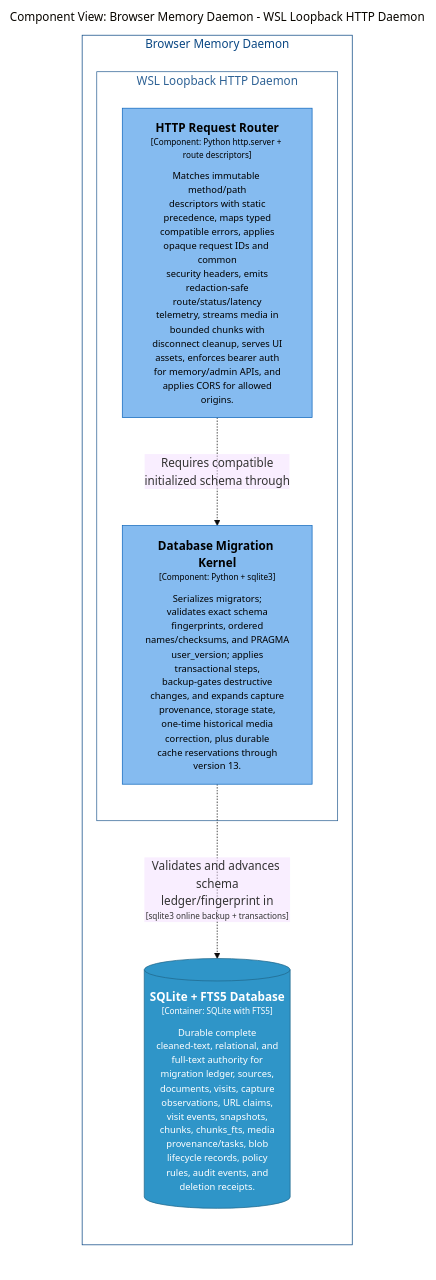
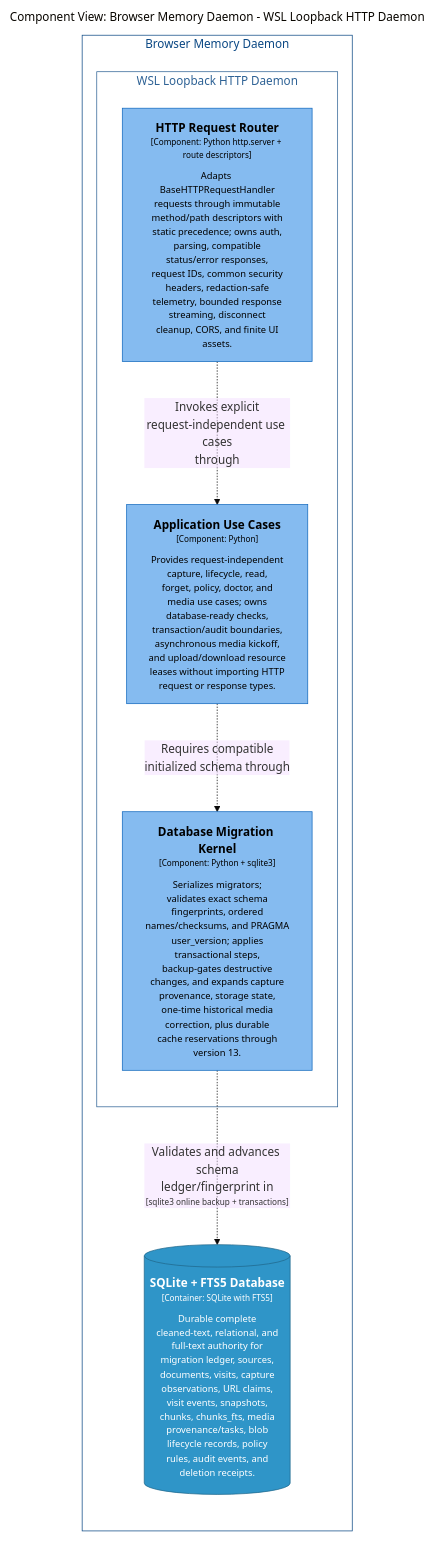
Before and after one commit to michaelnicks0/browser-memory-daemon: the diagram in docs/architecture/diagrams/markdown/DaemonMigrationComponents.md, drawn with Mermaid (base theme). The commit also changed 189 other files, not shown here.

Commit message:
refactor(http): extract application use cases

````diff
--- a/docs/architecture/diagrams/markdown/DaemonMigrationComponents.md
+++ b/docs/architecture/diagrams/markdown/DaemonMigrationComponents.md
@@ -16,28 +16,31 @@
 ```mermaid
 graph LR
   linkStyle default fill:#ffffff
 
   subgraph diagram ["Component View: Browser Memory Daemon - WSL Loopback HTTP Daemon"]
     style diagram fill:#ffffff,stroke:#ffffff
 
     subgraph 4 ["Browser Memory Daemon"]
       style 4 fill:#ffffff,stroke:#0b4884,color:#0b4884
 
       subgraph 22 ["WSL Loopback HTTP Daemon"]
         style 22 fill:#ffffff,stroke:#2e6295,color:#2e6295
 
-        23["<div style='font-weight: bold'>HTTP Request Router</div><div style='font-size: 70%; margin-top: 0px'>[Component: Python http.server + route descriptors]</div><div style='font-size: 80%; margin-top:10px'>Matches immutable method/path<br />descriptors with static<br />precedence, maps typed<br />compatible errors, applies<br />opaque request IDs and common<br />security headers, emits<br />redaction-safe<br />route/status/latency<br />telemetry, streams media in<br />bounded chunks with<br />disconnect cleanup, serves UI<br />assets, enforces bearer auth<br />for memory/admin APIs, and<br />applies CORS for allowed<br />origins.</div>"]
+        23["<div style='font-weight: bold'>HTTP Request Router</div><div style='font-size: 70%; margin-top: 0px'>[Component: Python http.server + route descriptors]</div><div style='font-size: 80%; margin-top:10px'>Adapts BaseHTTPRequestHandler<br />requests through immutable<br />method/path descriptors with<br />static precedence; owns auth,<br />parsing, compatible<br />status/error responses,<br />request IDs, common security<br />headers, redaction-safe<br />telemetry, bounded response<br />streaming, disconnect<br />cleanup, CORS, and finite UI<br />assets.</div>"]
         style 23 fill:#85bbf0,stroke:#1168bd,color:#000000
-        24["<div style='font-weight: bold'>Database Migration Kernel</div><div style='font-size: 70%; margin-top: 0px'>[Component: Python + sqlite3]</div><div style='font-size: 80%; margin-top:10px'>Serializes migrators;<br />validates exact schema<br />fingerprints, ordered<br />names/checksums, and PRAGMA<br />user_version; applies<br />transactional steps,<br />backup-gates destructive<br />changes, and expands capture<br />provenance, storage state,<br />one-time historical media<br />correction, plus durable<br />cache reservations through<br />version 13.</div>"]
+        24["<div style='font-weight: bold'>Application Use Cases</div><div style='font-size: 70%; margin-top: 0px'>[Component: Python]</div><div style='font-size: 80%; margin-top:10px'>Provides request-independent<br />capture, lifecycle, read,<br />forget, policy, doctor, and<br />media use cases; owns<br />database-ready checks,<br />transaction/audit boundaries,<br />asynchronous media kickoff,<br />and upload/download resource<br />leases without importing HTTP<br />request or response types.</div>"]
         style 24 fill:#85bbf0,stroke:#1168bd,color:#000000
+        25["<div style='font-weight: bold'>Database Migration Kernel</div><div style='font-size: 70%; margin-top: 0px'>[Component: Python + sqlite3]</div><div style='font-size: 80%; margin-top:10px'>Serializes migrators;<br />validates exact schema<br />fingerprints, ordered<br />names/checksums, and PRAGMA<br />user_version; applies<br />transactional steps,<br />backup-gates destructive<br />changes, and expands capture<br />provenance, storage state,<br />one-time historical media<br />correction, plus durable<br />cache reservations through<br />version 13.</div>"]
+        style 25 fill:#85bbf0,stroke:#1168bd,color:#000000
       end
 
-      47[("<div style='font-weight: bold'>SQLite + FTS5 Database</div><div style='font-size: 70%; margin-top: 0px'>[Container: SQLite with FTS5]</div><div style='font-size: 80%; margin-top:10px'>Durable complete<br />cleaned-text, relational, and<br />full-text authority for<br />migration ledger, sources,<br />documents, visits, capture<br />observations, URL claims,<br />visit events, snapshots,<br />chunks, chunks_fts, media<br />provenance/tasks, blob<br />lifecycle records, policy<br />rules, audit events, and<br />deletion receipts.</div>")]
-      style 47 fill:#2f95c8,stroke:#20688c,color:#ffffff
+      48[("<div style='font-weight: bold'>SQLite + FTS5 Database</div><div style='font-size: 70%; margin-top: 0px'>[Container: SQLite with FTS5]</div><div style='font-size: 80%; margin-top:10px'>Durable complete<br />cleaned-text, relational, and<br />full-text authority for<br />migration ledger, sources,<br />documents, visits, capture<br />observations, URL claims,<br />visit events, snapshots,<br />chunks, chunks_fts, media<br />provenance/tasks, blob<br />lifecycle records, policy<br />rules, audit events, and<br />deletion receipts.</div>")]
+      style 48 fill:#2f95c8,stroke:#20688c,color:#ffffff
     end
 
-    23-. "<div>Requires compatible<br />initialized schema through</div><div style='font-size: 70%'></div>" .->24
-    24-. "<div>Validates and advances schema<br />ledger/fingerprint in</div><div style='font-size: 70%'>[sqlite3 online backup + transactions]</div>" .->47
+    23-. "<div>Invokes explicit<br />request-independent use cases<br />through</div><div style='font-size: 70%'></div>" .->24
+    24-. "<div>Requires compatible<br />initialized schema through</div><div style='font-size: 70%'></div>" .->25
+    25-. "<div>Validates and advances schema<br />ledger/fingerprint in</div><div style='font-size: 70%'>[sqlite3 online backup + transactions]</div>" .->48
 
   end
 ```
````
